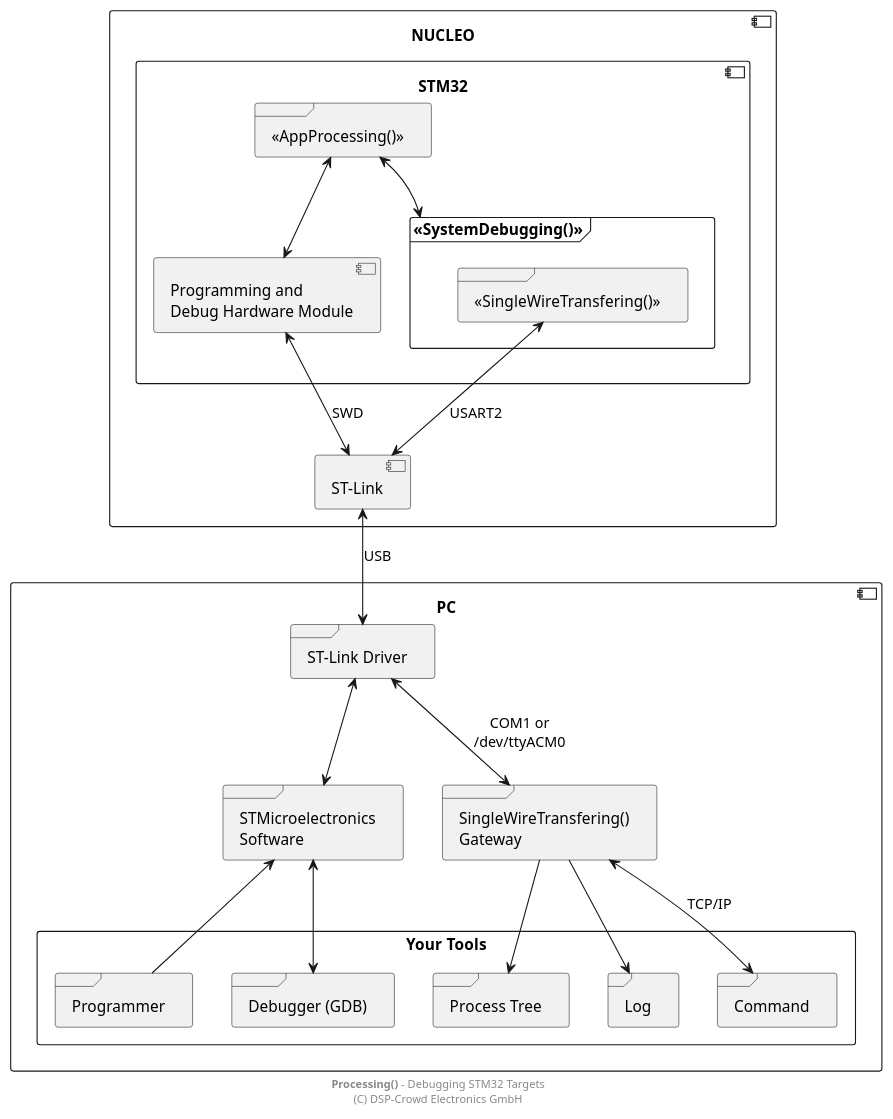
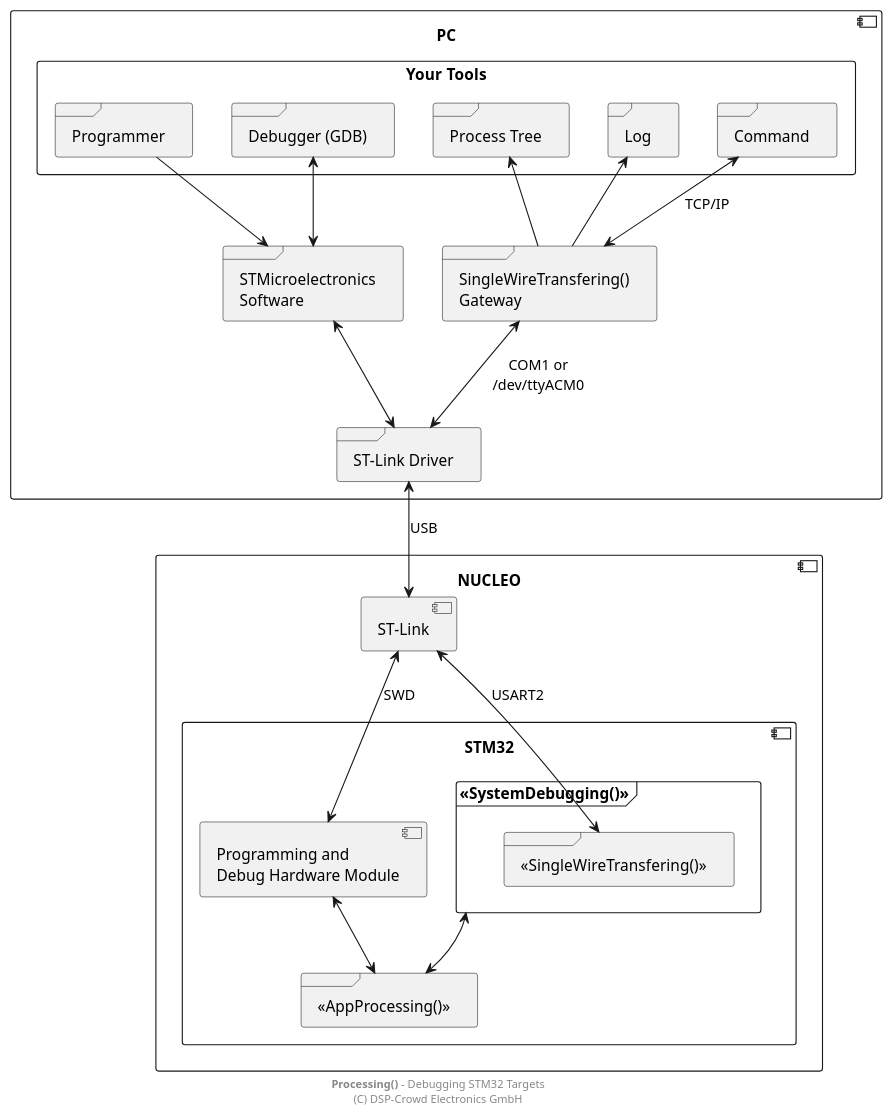
The diagram in doc/system/stm32-uart_3.pu (NoOrientationProgramming/hello-world-stm32), drawn with PlantUML before and after one commit. The commit also changed 1 other file, not shown here.

```diff
--- a/doc/system/stm32-uart_3.pu
+++ b/doc/system/stm32-uart_3.pu
@@ -2,64 +2,64 @@
 @startuml
 
 ' skinparam linetype ortho
 ' scale 0.6
 
+component PC as pPc {
+
+	rectangle "Your Tools" as pTools {
+
+		frame "Programmer" as pProg
+		frame "Debugger (GDB)" as pDbg
+
+		frame "Process Tree" as pTree
+		frame "Log" as pLog
+		frame "Command" as pCmd
+		' frame "Custom\nChannels" as pCustom
+	}
+
+	frame "SingleWireTransfering()\nGateway" as pGw
+	frame "STMicroelectronics\nSoftware" as pStSw
+
+	frame "ST-Link Driver" as pDrv
+
+	pProg --> pStSw
+	pDbg <--> pStSw
+
+	pTree <-- pGw
+	pLog <-- pGw
+	pCmd <--> pGw : "TCP/IP"
+	' pCustom <--> pGw
+
+	pStSw <--> pDrv
+	pGw <--> pDrv : "COM1 or\n/dev/ttyACM0"
+
+	pStSw -r[hidden]- pGw
+}
+
 component "NUCLEO" as pNuc {
 
-  component "STM32" {
+	component "STM32" {
 
-    frame "<<AppProcessing()>>" as pApp
+		component "Programming and\nDebug Hardware Module" as pHwDbg
 
-    frame "<<SystemDebugging()>>" as pSysDbg {
-      frame "<<SingleWireTransfering()>>" as pSwt
-    }
+		frame "<<SystemDebugging()>>" as pSysDbg {
+			frame "<<SingleWireTransfering()>>" as pSwt
+		}
 
-    component "Programming and\nDebug Hardware Module" as pHwDbg
+		frame "<<AppProcessing()>>" as pApp
 
-    pApp <--> pHwDbg
-    pApp <--> pSysDbg
-  }
+		pHwDbg <--> pApp
+		pSysDbg <--> pApp
+	}
 
-  component "ST-Link" as pStLink
+	component "ST-Link" as pStLink
 
-  pSwt <--> pStLink : USART2
-  pHwDbg <--> pStLink : SWD
+	pStLink <--> pHwDbg : SWD
+	pStLink <--> pSwt : USART2
 }
 
-component PC as pPc {
-
-  frame "ST-Link Driver" as pDrv
-
-  frame "SingleWireTransfering()\nGateway" as pGw
-  frame "STMicroelectronics\nSoftware" as pStSw
-
-  rectangle "Your Tools" as pTools {
-
-    frame "Programmer" as pProg
-    frame "Debugger (GDB)" as pDbg
-
-    frame "Process Tree" as pTree
-    frame "Log" as pLog
-    frame "Command" as pCmd
-    ' frame "Custom\nChannels" as pCustom
-  }
-
-  pDrv <--> pStSw
-  pDrv <--> pGw : "COM1 or\n/dev/ttyACM0"
-
-  pGw --> pTree
-  pGw --> pLog
-  pGw <--> pCmd : "TCP/IP"
-  ' pGw <--> pCustom
-
-  pStSw <-- pProg
-  pStSw <--> pDbg
-
-  pStSw -r[hidden]- pGw
-}
-
-pStLink <--> pDrv : USB
+pDrv <--> pStLink : USB
 
 footer **Processing()** - Debugging STM32 Targets\n(C) DSP-Crowd Electronics GmbH
 
 @enduml
```
